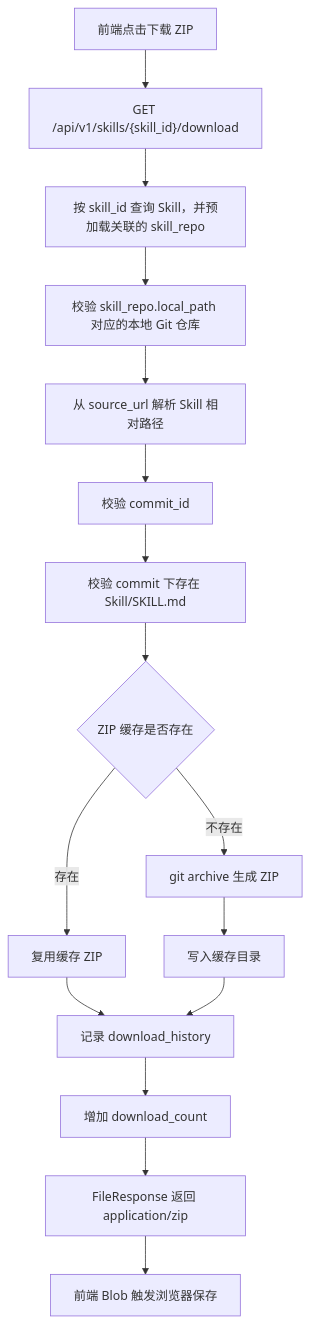
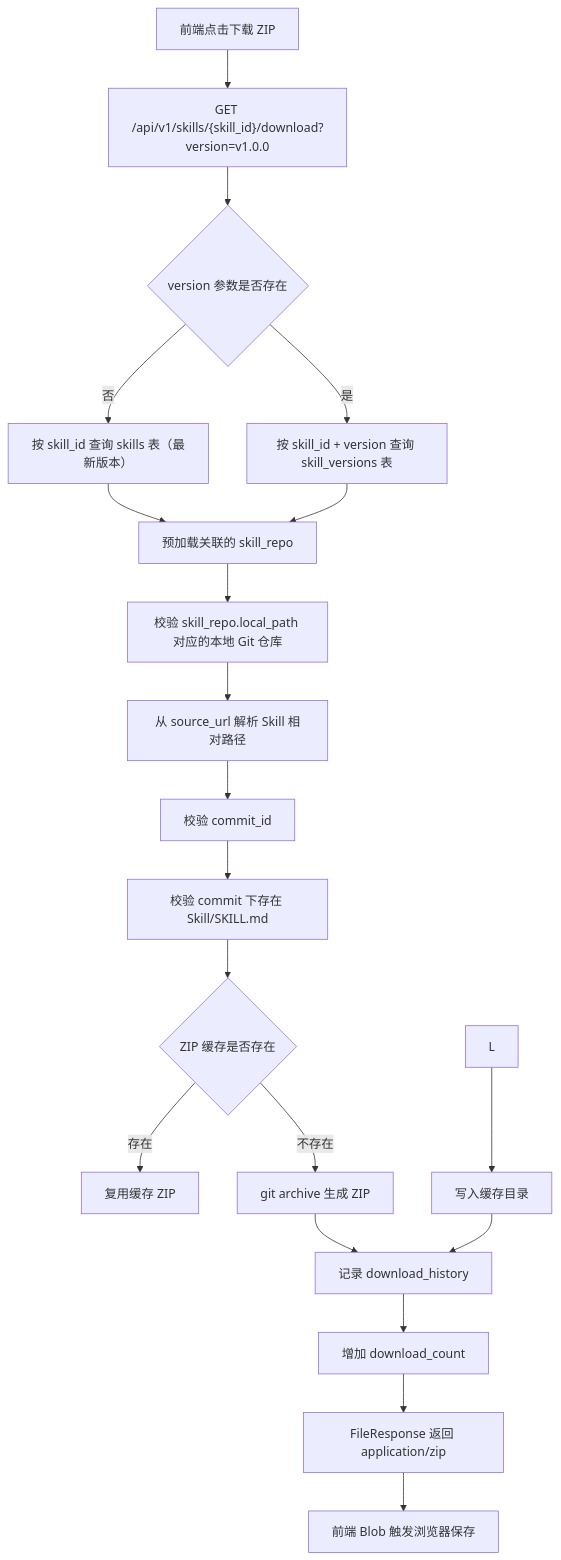
Before and after one commit to openeuler-mirror/wittyhub: the first of 5 diagrams in doc/design/skill-download-design.md, drawn with Mermaid. The commit also changed other lines of this file and 7 other files, not shown here.

````diff
--- a/doc/design/skill-download-design.md
+++ b/doc/design/skill-download-design.md
@@ -41,18 +48,22 @@
 ```mermaid
 flowchart TD
-    A["前端点击下载 ZIP"] --> B["GET /api/v1/skills/{skill_id}/download"]
-    B --> C["按 skill_id 查询 Skill，并预加载关联的 skill_repo"]
-    C --> D["校验 skill_repo.local_path 对应的本地 Git 仓库"]
-    D --> E["从 source_url 解析 Skill 相对路径"]
-    E --> F["校验 commit_id"]
-    F --> I["校验 commit 下存在 Skill/SKILL.md"]
-    I --> J{"ZIP 缓存是否存在"}
-    J -->|存在| K["复用缓存 ZIP"]
-    J -->|不存在| L["git archive 生成 ZIP"]
+    A["前端点击下载 ZIP"] --> B["GET /api/v1/skills/{skill_id}/download?version=v1.0.0"]
+    B --> C{"version 参数是否存在"}
+    C -->|否| C1["按 skill_id 查询 skills 表（最新版本）"]
+    C -->|是| C2["按 skill_id + version 查询 skill_versions 表"]
+    C1 --> D["预加载关联的 skill_repo"]
+    C2 --> D
+    D --> E["校验 skill_repo.local_path 对应的本地 Git 仓库"]
+    E --> F["从 source_url 解析 Skill 相对路径"]
+    F --> G["校验 commit_id"]
+    G --> H["校验 commit 下存在 Skill/SKILL.md"]
+    H --> I{"ZIP 缓存是否存在"}
+    I -->|存在| J["复用缓存 ZIP"]
+    I -->|不存在| K["git archive 生成 ZIP"]
     L --> M["写入缓存目录"]
     K --> N["记录 download_history"]
     M --> N
     N --> O["增加 download_count"]
     O --> P["FileResponse 返回 application/zip"]
     P --> Q["前端 Blob 触发浏览器保存"]
 ```
````
